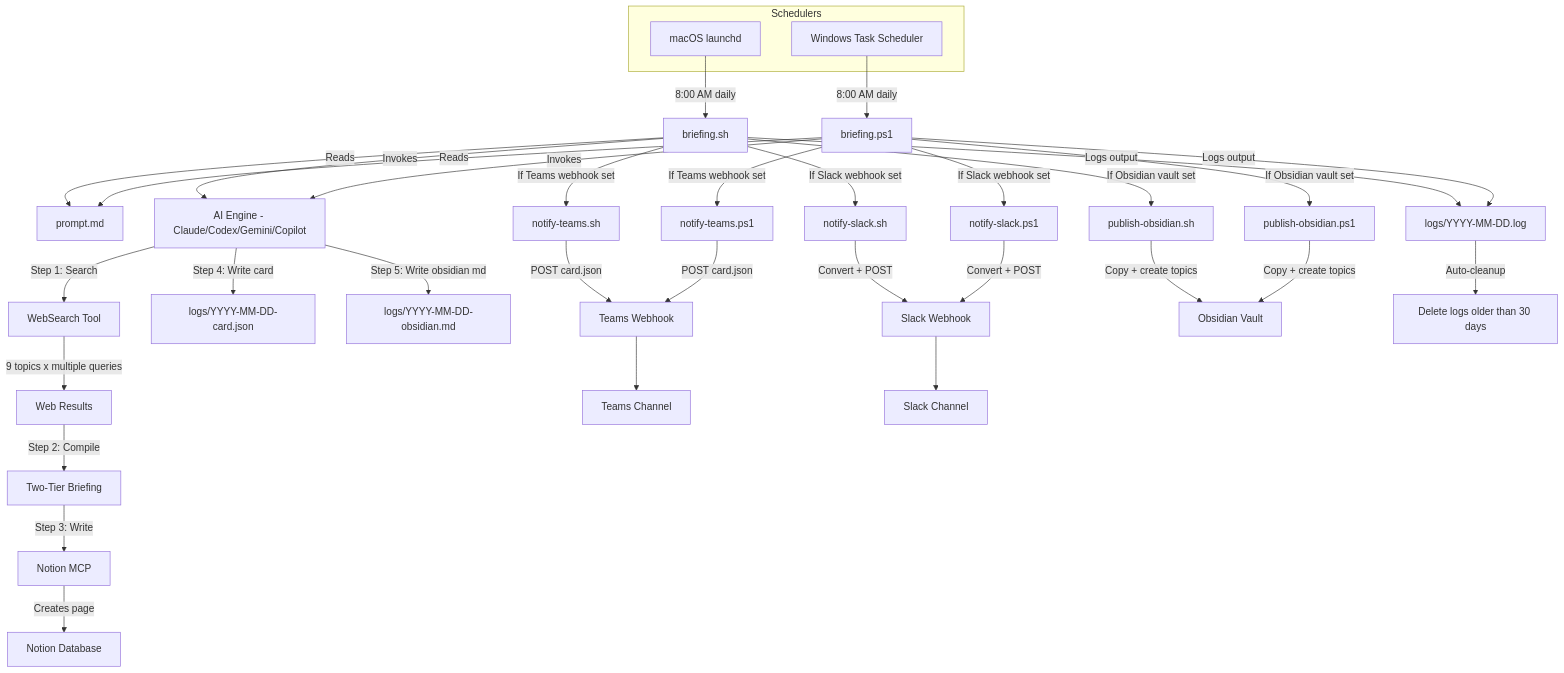
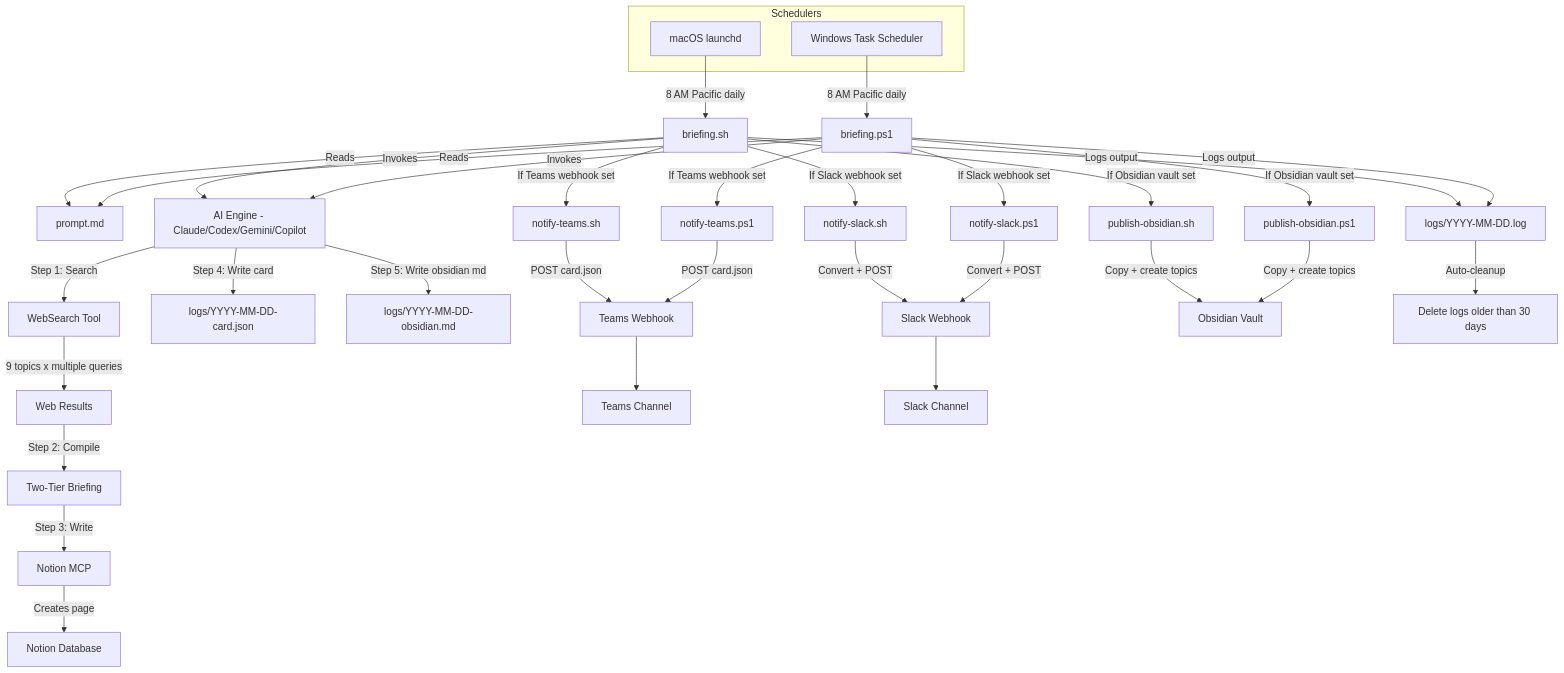
The first of 3 diagrams in README.md (hoangsonww/AI-News-Briefing), drawn with Mermaid before and after one commit. The commit also changed other lines of this file and 6 other files, not shown here.

````diff
--- a/README.md
+++ b/README.md
@@ -81,46 +81,46 @@
 ```mermaid
 flowchart TD
     subgraph Schedulers
         A1[macOS launchd]
         A2[Windows Task Scheduler]
     end
 
-    A1 -->|8:00 AM daily| B1[briefing.sh]
-    A2 -->|8:00 AM daily| B2[briefing.ps1]
+    A1 -->|8 AM Pacific daily| B1[briefing.sh]
+    A2 -->|8 AM Pacific daily| B2[briefing.ps1]
 
     B1 -->|Reads| C[prompt.md]
     B2 -->|Reads| C
 
     B1 -->|Invokes| D[AI Engine - Claude/Codex/Gemini/Copilot]
     B2 -->|Invokes| D
 
     D -->|Step 1: Search| E[WebSearch Tool]
     E -->|9 topics x multiple queries| F[Web Results]
     F -->|Step 2: Compile| G[Two-Tier Briefing]
     G -->|Step 3: Write| H[Notion MCP]
     H -->|Creates page| I[Notion Database]
 
     D -->|Step 4: Write card| J2[logs/YYYY-MM-DD-card.json]
     D -->|Step 5: Write obsidian md| J3[logs/YYYY-MM-DD-obsidian.md]
 
     B1 -->|If Teams webhook set| T[notify-teams.sh]
     B2 -->|If Teams webhook set| T2[notify-teams.ps1]
     T -->|POST card.json| V[Teams Webhook]
     T2 -->|POST card.json| V
     V --> W[Teams Channel]
 
     B1 -->|If Slack webhook set| S1[notify-slack.sh]
     B2 -->|If Slack webhook set| S2[notify-slack.ps1]
     S1 -->|Convert + POST| SV[Slack Webhook]
     S2 -->|Convert + POST| SV
     SV --> SW[Slack Channel]
 
     B1 -->|If Obsidian vault set| OB1[publish-obsidian.sh]
     B2 -->|If Obsidian vault set| OB2[publish-obsidian.ps1]
     OB1 -->|Copy + create topics| OBV[Obsidian Vault]
     OB2 -->|Copy + create topics| OBV
 
     B1 -->|Logs output| J[logs/YYYY-MM-DD.log]
     B2 -->|Logs output| J
     J -->|Auto-cleanup| K[Delete logs older than 30 days]
 ```
````
